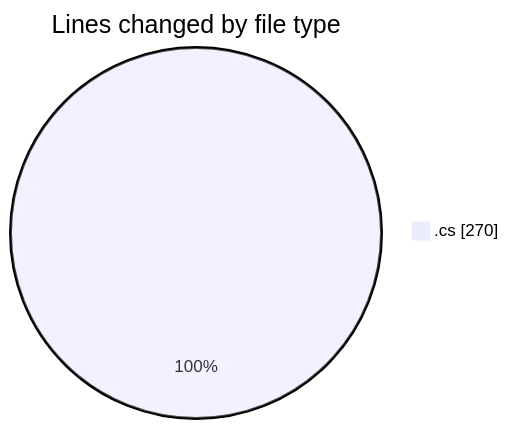
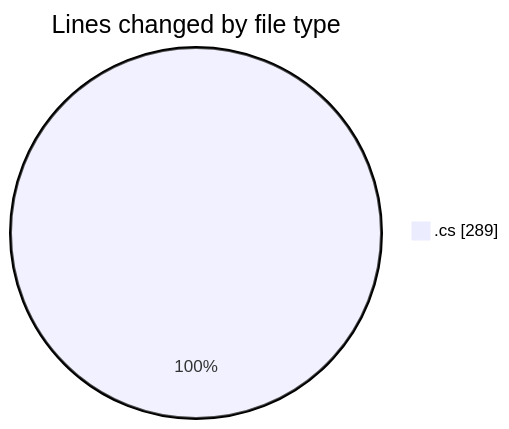
The first of 2 diagrams in 2025-04-24/back-end/README.md (Netris89/code-tracking), drawn with Mermaid before and after one commit. The commit also changed other lines of this file and 1 other file, not shown here.

````diff
--- a/2025-04-24/back-end/README.md
+++ b/2025-04-24/back-end/README.md
@@ -21,5 +21,5 @@
 ```mermaid
 pie showData
 title Lines changed by file type
-".cs" : 270
+".cs" : 289
 ```
````
